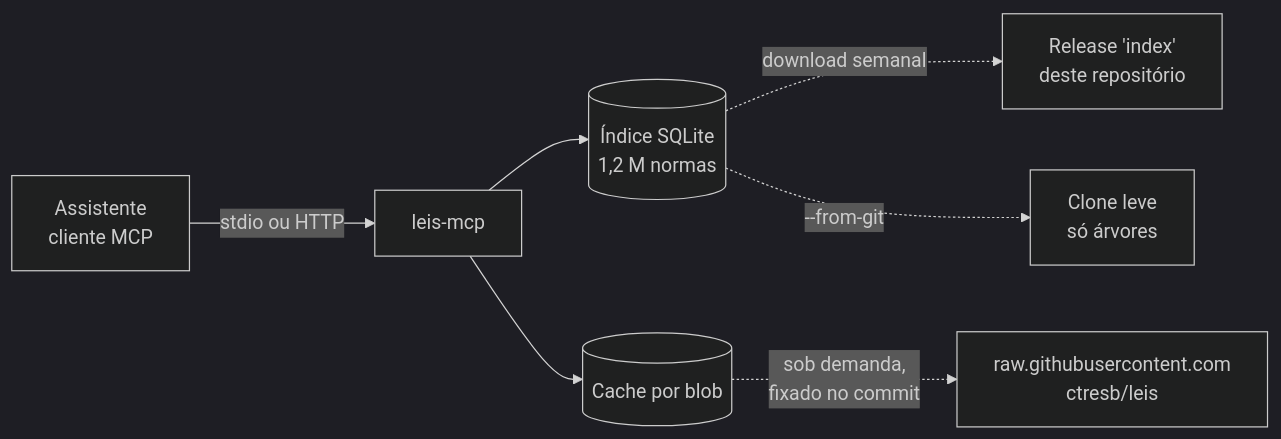
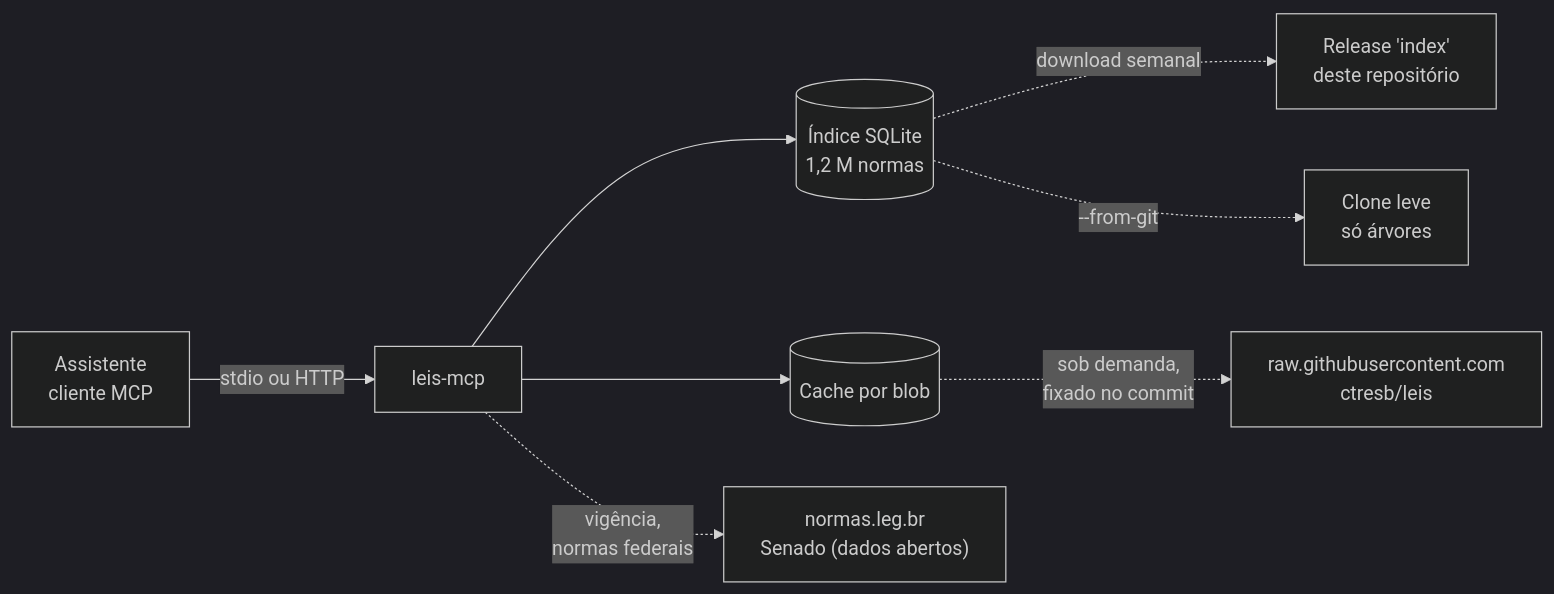
One commit to zqf20096327/ai_collect changed the diagram in data/readmes/mazulo__leis-mcp.md. Above: the diagram before and after it, drawn with Mermaid (dark theme). The commit also changed other lines of this file and 2300 other files, not shown here.

````diff
--- a/data/readmes/mazulo__leis-mcp.md
+++ b/data/readmes/mazulo__leis-mcp.md
@@ -310,9 +352,10 @@
 ```mermaid
 flowchart LR
     client["Assistente<br>cliente MCP"] -- "stdio ou HTTP" --> server["leis-mcp"]
     server --> index[("Índice SQLite<br>1,2 M normas")]
     server --> cache[("Cache por blob")]
     cache -. "sob demanda,<br>fixado no commit" .-> raw["raw.githubusercontent.com<br>ctresb/leis"]
     index -. "download semanal" .-> release["Release 'index'<br>deste repositório"]
     index -. "--from-git" .-> clone["Clone leve<br>só árvores"]
+    server -. "vigência,<br>normas federais" .-> online["normas.leg.br<br>Senado (dados abertos)"]
 ```
````
